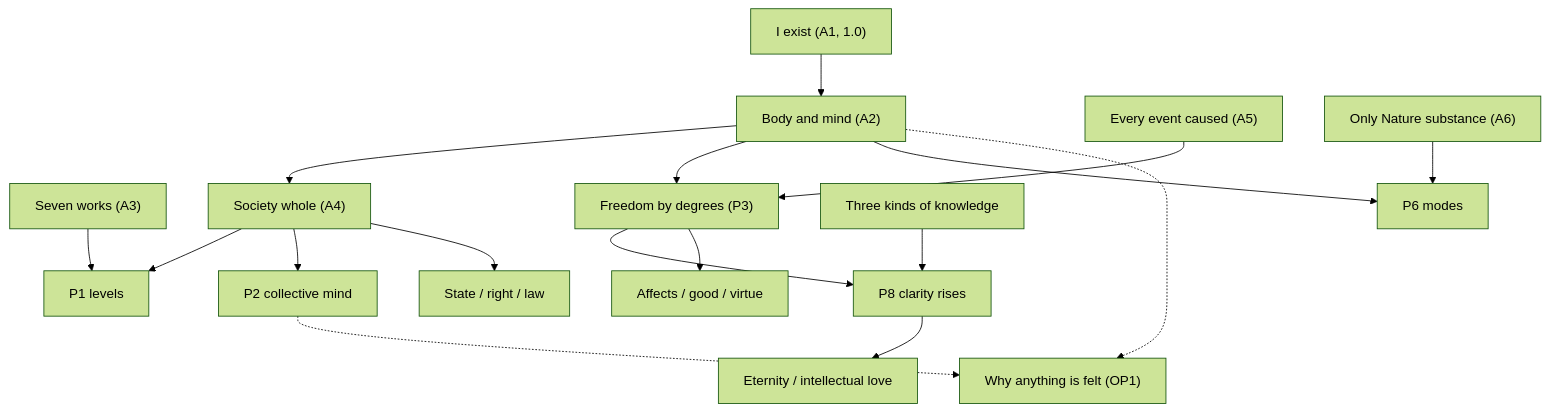
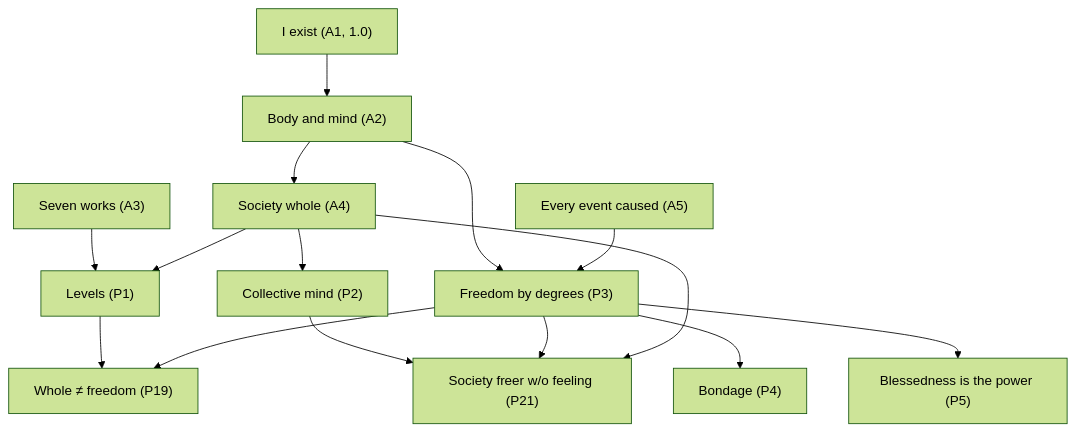
One commit to neuresthetics/freedom_of_necessity changed the diagram in candidates/core_v3/README.md. Above: the diagram before and after it, drawn with Mermaid (forest theme). The commit also changed other lines of this file and 98 other files, not shown here.

````diff
--- a/candidates/core_v3/README.md
+++ b/candidates/core_v3/README.md
@@ -63,31 +42,29 @@
 ```mermaid
 graph TD
   A1["I exist (A1, 1.0)"]
   A2["Body and mind (A2)"]
   A3["Seven works (A3)"]
   A4["Society whole (A4)"]
   A5["Every event caused (A5)"]
   P3["Freedom by degrees (P3)"]
-  A6["Only Nature substance (A6)"]
-  DK["Three kinds of knowledge"]
-  Aff["Affects / good / virtue"]
-  Pol["State / right / law"]
-  Et["Eternity / intellectual love"]
-  OP["Why anything is felt (OP1)"]
+  P4["Bondage (P4)"]
+  P5["Blessedness is the power (P5)"]
+  P1["Levels (P1)"]
+  P2["Collective mind (P2)"]
+  P19["Whole ≠ freedom (P19)"]
+  P21["Society freer w/o feeling (P21)"]
   A1 --> A2
   A2 --> A4
-  A3 --> P1["P1 levels"]
+  A2 --> P3
+  A3 --> P1
   A4 --> P1
-  A4 --> P2["P2 collective mind"]
+  A4 --> P2
   A5 --> P3
-  A2 --> P3
-  A6 --> P6["P6 modes"]
-  A2 --> P6
-  DK --> P8["P8 clarity rises"]
-  P3 --> P8
-  P3 --> Aff
-  A4 --> Pol
-  P8 --> Et
-  A2 -.-> OP
-  P2 -.-> OP
+  P3 --> P4
+  P3 --> P5
+  P1 --> P19
+  P3 --> P19
+  P2 --> P21
+  P3 --> P21
+  A4 --> P21
 ```
````
